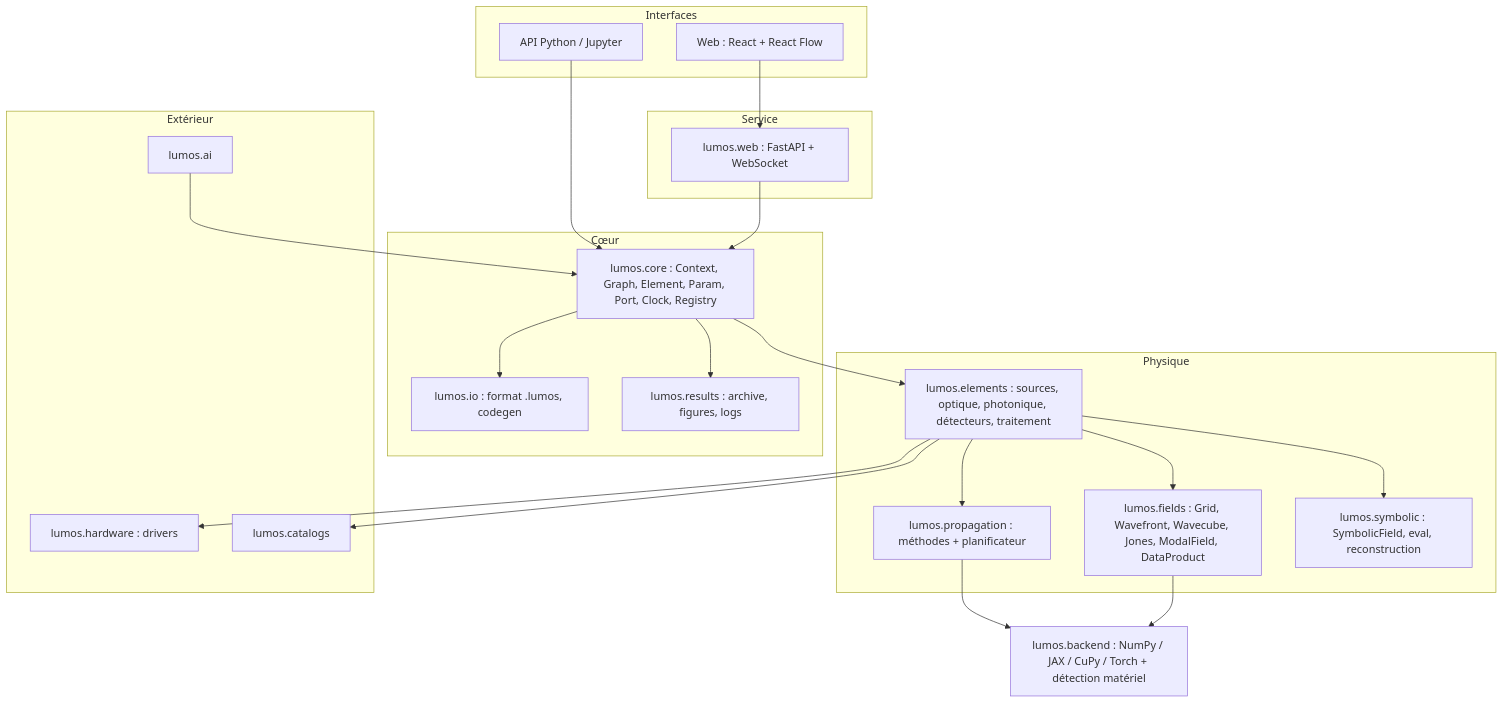
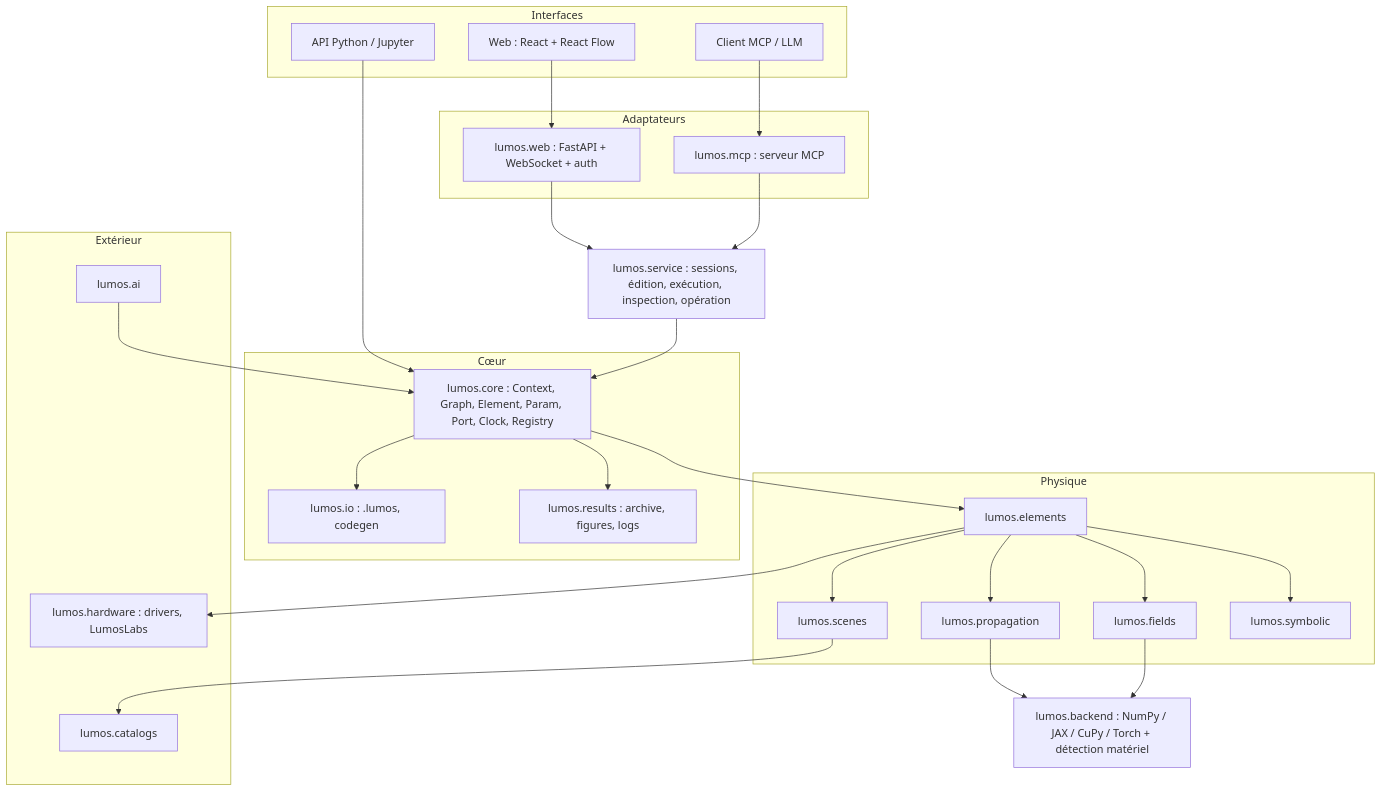
The second of 2 diagrams in docs/specs/cahier_des_charges.md (VForiel/LUMOS), drawn with Mermaid before and after one commit. The commit also changed other lines of this file and 1 other file, not shown here.

````diff
--- a/docs/specs/cahier_des_charges.md
+++ b/docs/specs/cahier_des_charges.md
@@ -392,39 +459,47 @@
 ```mermaid
 flowchart TB
     subgraph UI[Interfaces]
       PY[API Python / Jupyter]
       WEB[Web : React + React Flow]
+      LLM[Client MCP / LLM]
     end
-    subgraph SRV[Service]
-      API[lumos.web : FastAPI + WebSocket]
+    subgraph ADP[Adaptateurs]
+      API[lumos.web : FastAPI + WebSocket + auth]
+      MCP[lumos.mcp : serveur MCP]
     end
+    SVC[lumos.service : sessions, édition, exécution, inspection, opération]
     subgraph CORE[Cœur]
       CTX[lumos.core : Context, Graph, Element, Param, Port, Clock, Registry]
-      IO[lumos.io : format .lumos, codegen]
+      IO[lumos.io : .lumos, codegen]
       RES[lumos.results : archive, figures, logs]
     end
     subgraph PHYS[Physique]
-      FLD[lumos.fields : Grid, Wavefront, Wavecube, Jones, ModalField, DataProduct]
-      PROP[lumos.propagation : méthodes + planificateur]
-      SYM[lumos.symbolic : SymbolicField, eval, reconstruction]
-      ELEM[lumos.elements : sources, optique, photonique, détecteurs, traitement]
+      FLD[lumos.fields]
+      SCN[lumos.scenes]
+      PROP[lumos.propagation]
+      SYM[lumos.symbolic]
+      ELEM[lumos.elements]
     end
     subgraph EXT[Extérieur]
-      HW[lumos.hardware : drivers]
+      HW[lumos.hardware : drivers, LumosLabs]
       CAT[lumos.catalogs]
       AI[lumos.ai]
     end
     BE[lumos.backend : NumPy / JAX / CuPy / Torch + détection matériel]
 
+    WEB --> API --> SVC
+    LLM --> MCP --> SVC
     PY --> CTX
-    WEB --> API --> CTX
-    CTX --> ELEM --> FLD
+    SVC --> CTX
+    CTX --> ELEM
+    ELEM --> FLD
+    ELEM --> SCN
     ELEM --> PROP --> BE
     ELEM --> SYM
     FLD --> BE
     CTX --> IO
     CTX --> RES
     ELEM --> HW
-    ELEM --> CAT
+    SCN --> CAT
     AI --> CTX
 ```
````
